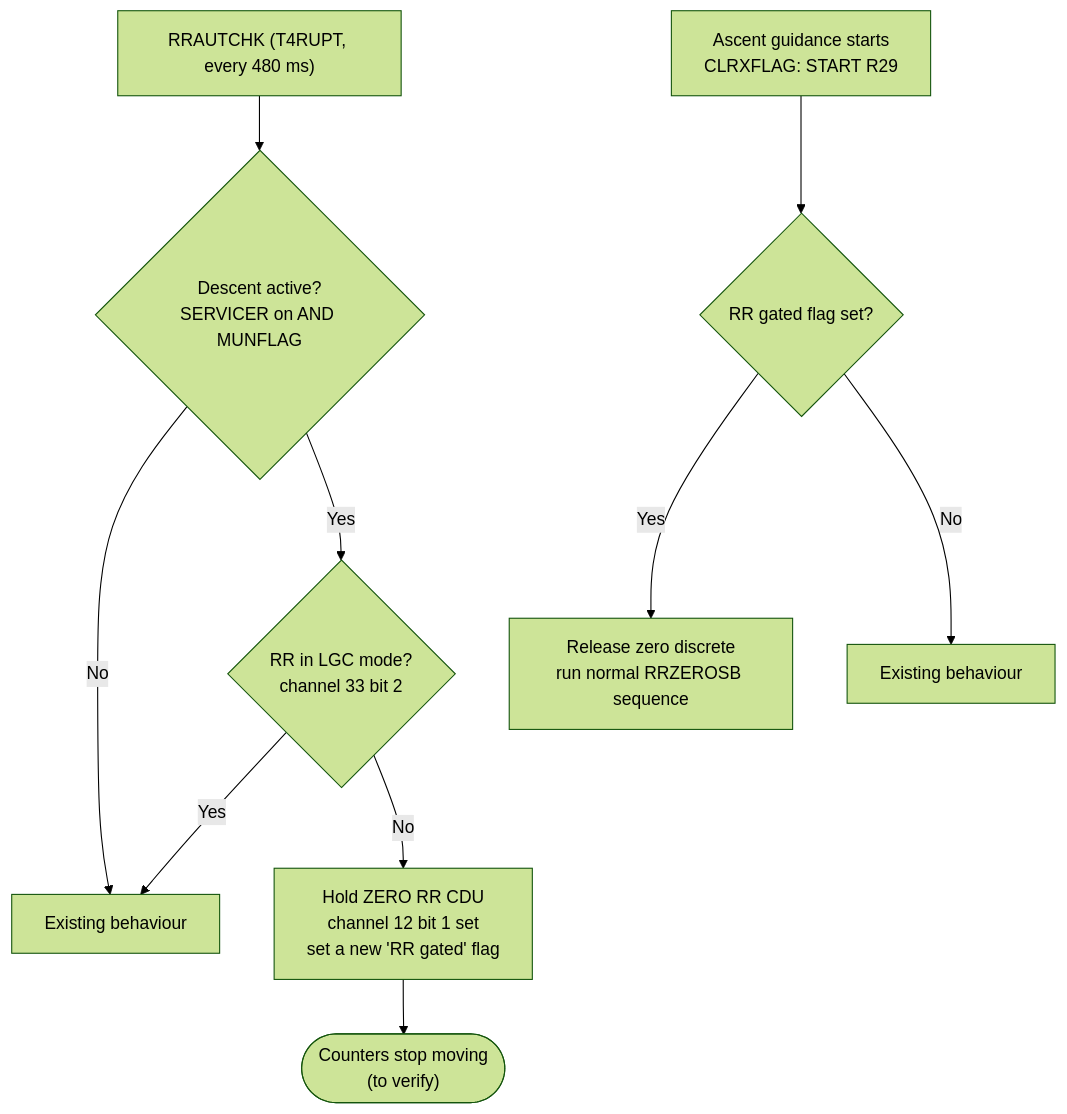
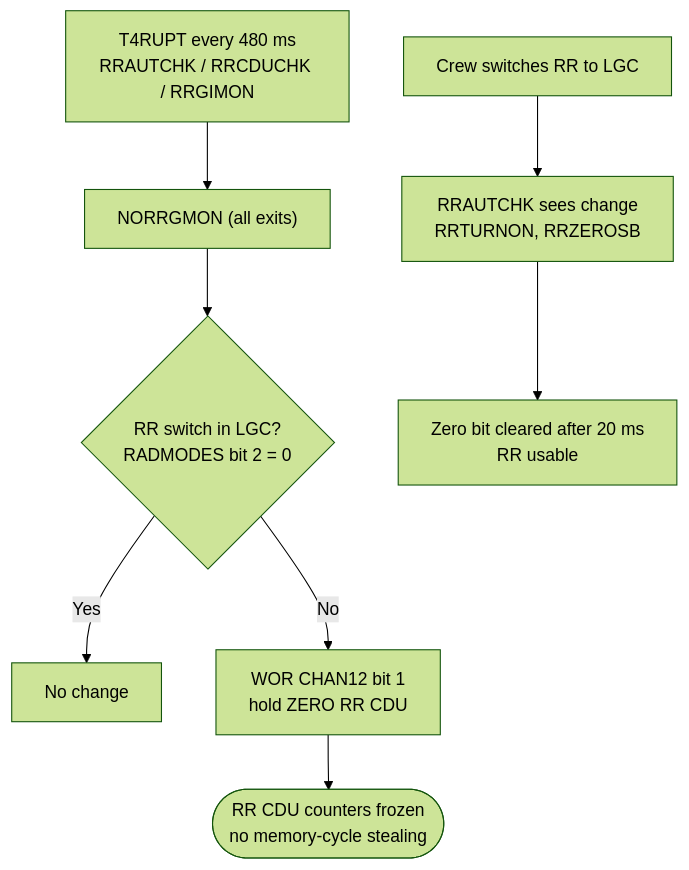
The second of 4 diagrams in documentation/luminary099/descent/enhancements/rr-cpu-drain.md (davidsed/Apollo-11), drawn with Mermaid (forest theme) before and after one commit. The commit also changed other lines of this file and 3 other files, not shown here.

Commit message:
Add enhancement roadmap; document post-Apollo 11 Luminary fixes (PCR 848, PCR 1013) and source reliability

````diff
--- a/documentation/luminary099/descent/enhancements/rr-cpu-drain.md
+++ b/documentation/luminary099/descent/enhancements/rr-cpu-drain.md
@@ -90,12 +164,10 @@
 ```mermaid
 flowchart TD
-    A["RRAUTCHK (T4RUPT, every 480 ms)"] --> B{"Descent active?<br/>SERVICER on AND MUNFLAG"}
-    B -- No --> N["Existing behaviour"]
-    B -- Yes --> C{"RR in LGC mode?<br/>channel 33 bit 2"}
-    C -- Yes --> N
-    C -- No --> D["Hold ZERO RR CDU<br/>channel 12 bit 1 set<br/>set a new 'RR gated' flag"]
-    D --> E(["Counters stop moving<br/>(to verify)"])
-    F["Ascent guidance starts<br/>CLRXFLAG: START R29"] --> G{"RR gated flag set?"}
-    G -- Yes --> H["Release zero discrete<br/>run normal RRZEROSB sequence"]
-    G -- No --> I["Existing behaviour"]
+    A["T4RUPT every 480 ms<br/>RRAUTCHK / RRCDUCHK / RRGIMON"] --> B["NORRGMON (all exits)"]
+    B --> C{"RR switch in LGC?<br/>RADMODES bit 2 = 0"}
+    C -- Yes --> D["No change"]
+    C -- No --> E["WOR CHAN12 bit 1<br/>hold ZERO RR CDU"]
+    E --> F(["RR CDU counters frozen<br/>no memory-cycle stealing"])
+    G["Crew switches RR to LGC"] --> H["RRAUTCHK sees change<br/>RRTURNON, RRZEROSB"]
+    H --> I["Zero bit cleared after 20 ms<br/>RR usable"]
 ```
````
